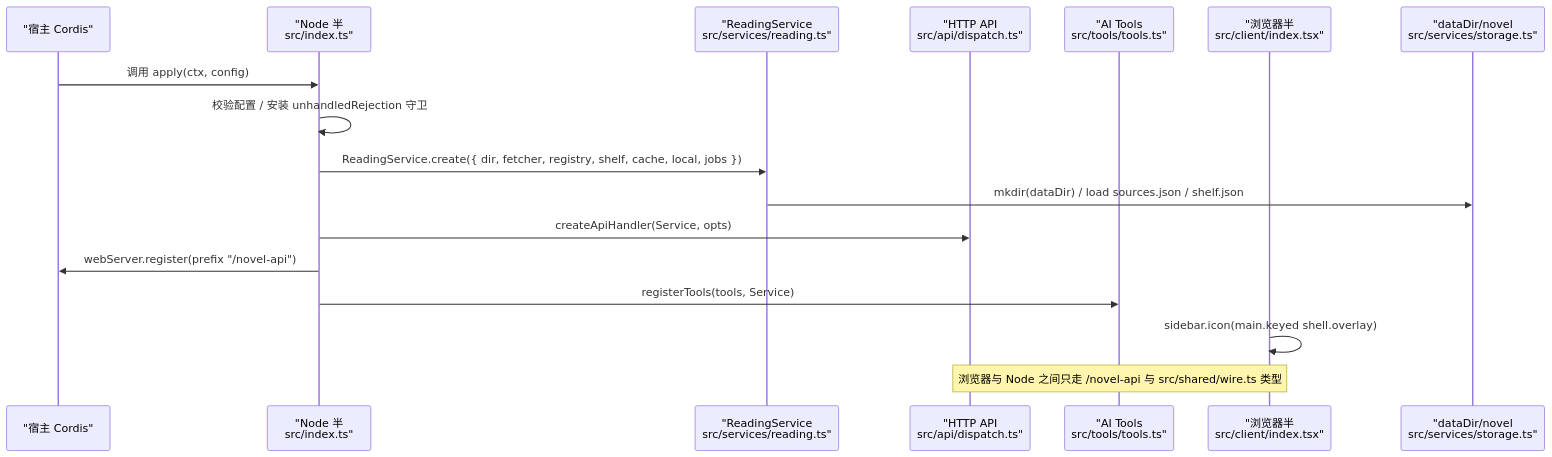
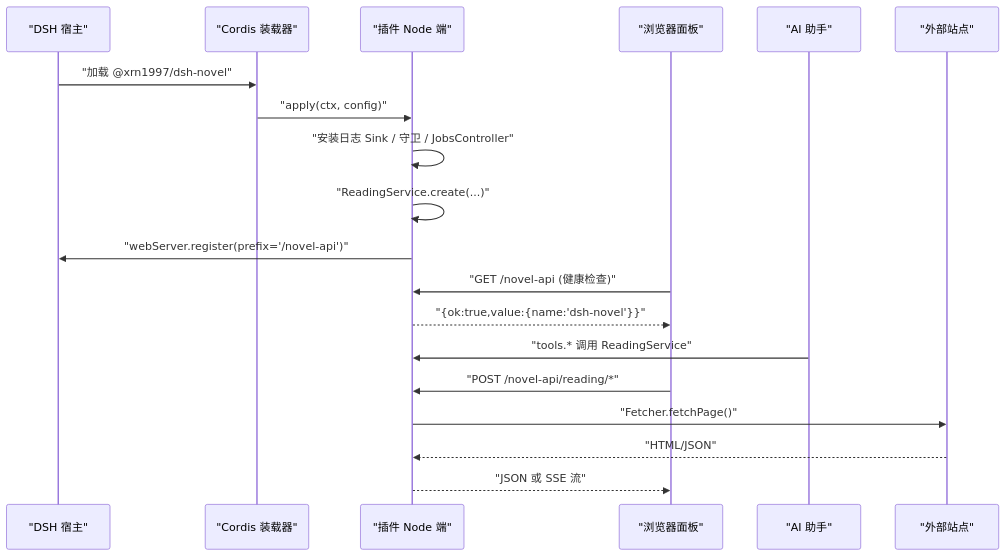
Before and after one commit to xrn1997/dsh-novel: the second of 9 diagrams in .qoder/repowiki/zh/content/架构总览.md, drawn with Mermaid. The commit also changed other lines of this file and 73 other files, not shown here.

````diff
--- a/.qoder/repowiki/zh/content/架构总览.md
+++ b/.qoder/repowiki/zh/content/架构总览.md
@@ -109,21 +98,22 @@
 ```mermaid
 sequenceDiagram
-  participant Host as "宿主 Cordis"
-  participant Node as "Node 半<br/>src/index.ts"
-  participant Service as "ReadingService<br/>src/services/reading.ts"
-  participant Api as "HTTP API<br/>src/api/dispatch.ts"
-  participant Tools as "AI Tools<br/>src/tools/tools.ts"
-  participant Client as "浏览器半<br/>src/client/index.tsx"
-  participant Disk as "dataDir/novel<br/>src/services/storage.ts"
+  participant Host as "DSH 宿主"
+  participant Cordis as "Cordis 装载器"
+  participant Plugin as "插件 Node 端"
+  participant Browser as "浏览器面板"
+  participant AI as "AI 助手"
+  participant Site as "外部站点"
 
-  Host->>Node: 调用 apply(ctx, config)
-  Node->>Node: 校验配置 / 安装 unhandledRejection 守卫
-  Node->>Service: ReadingService.create({ dir, fetcher, registry, shelf, cache, local, jobs })
-  Service->>Disk: mkdir(dataDir) / load sources.json / shelf.json
-  Node->>Api: createApiHandler(Service, opts)
-  Node->>Host: webServer.register(prefix "/novel-api")
-  Node->>Tools: registerTools(tools, Service)
-  Client->>Client: sidebar.icon(main.keyed shell.overlay)
-
-  Note over Client,Api: 浏览器与 Node 之间只走 /novel-api 与 src/shared/wire.ts 类型
+  Host->>Cordis: "加载 @xrn1997/dsh-novel"
+  Cordis->>Plugin: "apply(ctx, config)"
+  Plugin->>Plugin: "安装日志 Sink / 守卫 / JobsController"
+  Plugin->>Plugin: "ReadingService.create(...)"
+  Plugin->>Host: "webServer.register(prefix='/novel-api')"
+  Browser->>Plugin: "GET /novel-api (健康检查)"
+  Plugin-->>Browser: "{ok:true,value:{name:'dsh-novel'}}"
+  AI->>Plugin: "tools.* 调用 ReadingService"
+  Browser->>Plugin: "POST /novel-api/reading/*"
+  Plugin->>Site: "Fetcher.fetchPage()"
+  Site-->>Plugin: "HTML/JSON"
+  Plugin-->>Browser: "JSON 或 SSE 流"
 ```
````
